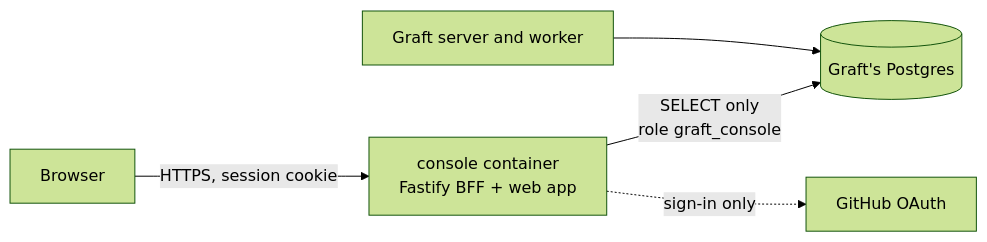
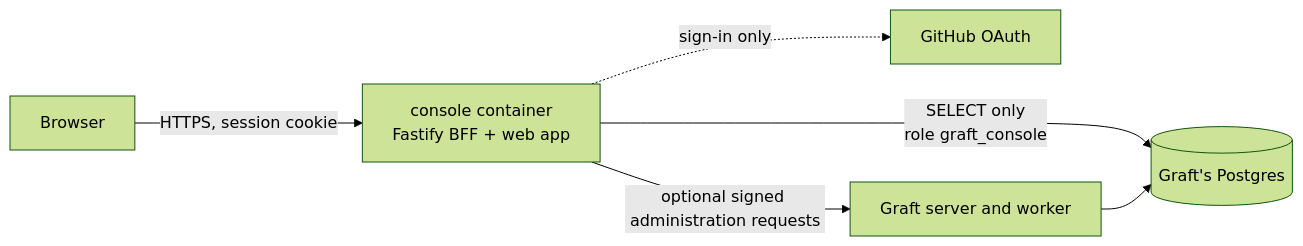
Before and after one commit to GregoireW/graft: the diagram in docs/console.md, drawn with Mermaid (forest theme). The commit also changed other lines of this file and 55 other files, not shown here.

````diff
--- a/docs/console.md
+++ b/docs/console.md
@@ -35,7 +36,8 @@
 ```mermaid
 flowchart LR
   B[Browser] -- "HTTPS, session cookie" --> C["console container<br/>Fastify BFF + web app"]
   C -- "SELECT only<br/>role graft_console" --> P[(Graft's Postgres)]
   C -. "sign-in only" .-> G[GitHub OAuth]
   S[Graft server and worker] --> P
+  C -- "optional signed administration requests" --> S
 ```
````
